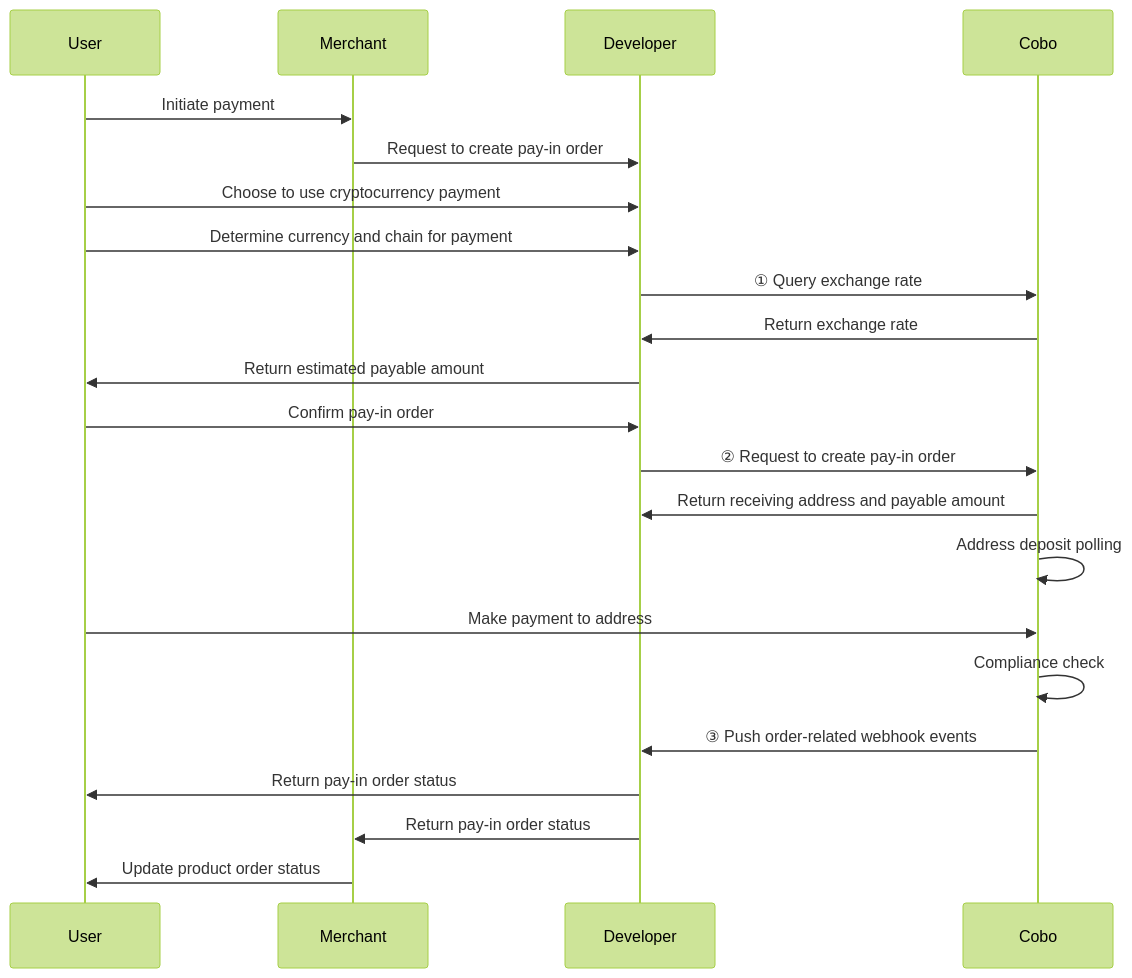
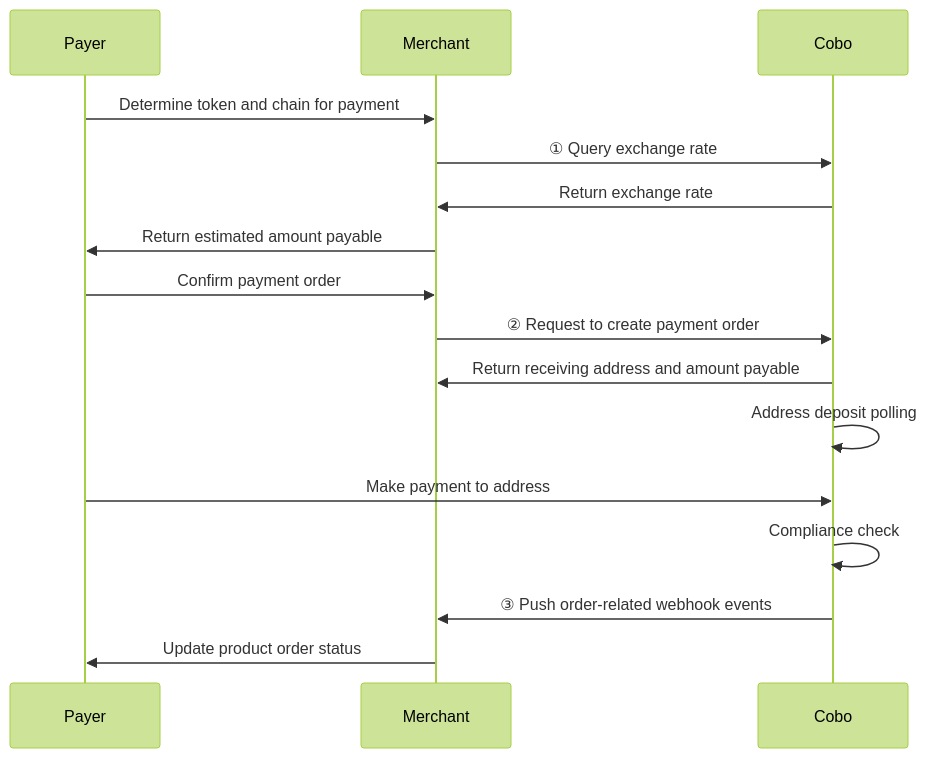
The first of 2 diagrams in v2/payments/create-orders.mdx (rcsh1/developer-site), drawn with Mermaid (forest theme) before and after one commit. The commit also changed other lines of this file and 50 other files, not shown here.

````diff
--- a/v2/payments/create-orders.mdx
+++ b/v2/payments/create-orders.mdx
@@ -13,24 +21,18 @@
 ```mermaid
 sequenceDiagram
-    participant User
+    participant Payer
     participant Merchant
-    participant Developer
     participant Cobo
-    User ->> Merchant: Initiate payment
-    Merchant ->> Developer: Request to create pay-in order
-    User ->> Developer: Choose to use cryptocurrency payment
-    User ->> Developer: Determine currency and chain for payment
-    Developer ->> Cobo: ① Query exchange rate
-    Cobo ->> Developer: Return exchange rate
-    Developer ->> User: Return estimated payable amount
-    User ->> Developer: Confirm pay-in order
-    Developer ->> Cobo: ② Request to create pay-in order
-    Cobo ->> Developer: Return receiving address and payable amount
+    Payer ->> Merchant: Determine token and chain for payment
+    Merchant ->> Cobo: ① Query exchange rate
+    Cobo ->> Merchant: Return exchange rate
+    Merchant ->> Payer: Return estimated amount payable
+    Payer ->> Merchant: Confirm payment order
+    Merchant ->> Cobo: ② Request to create payment order
+    Cobo ->> Merchant: Return receiving address and amount payable
     Cobo ->> Cobo: Address deposit polling
-    User ->> Cobo: Make payment to address
+    Payer ->> Cobo: Make payment to address
     Cobo ->> Cobo: Compliance check
-    Cobo ->> Developer: ③ Push order-related webhook events
-    Developer ->> User: Return pay-in order status
-    Developer ->> Merchant: Return pay-in order status
-    Merchant ->> User: Update product order status
+    Cobo ->> Merchant: ③ Push order-related webhook events
+    Merchant ->> Payer: Update product order status
 ```
````
